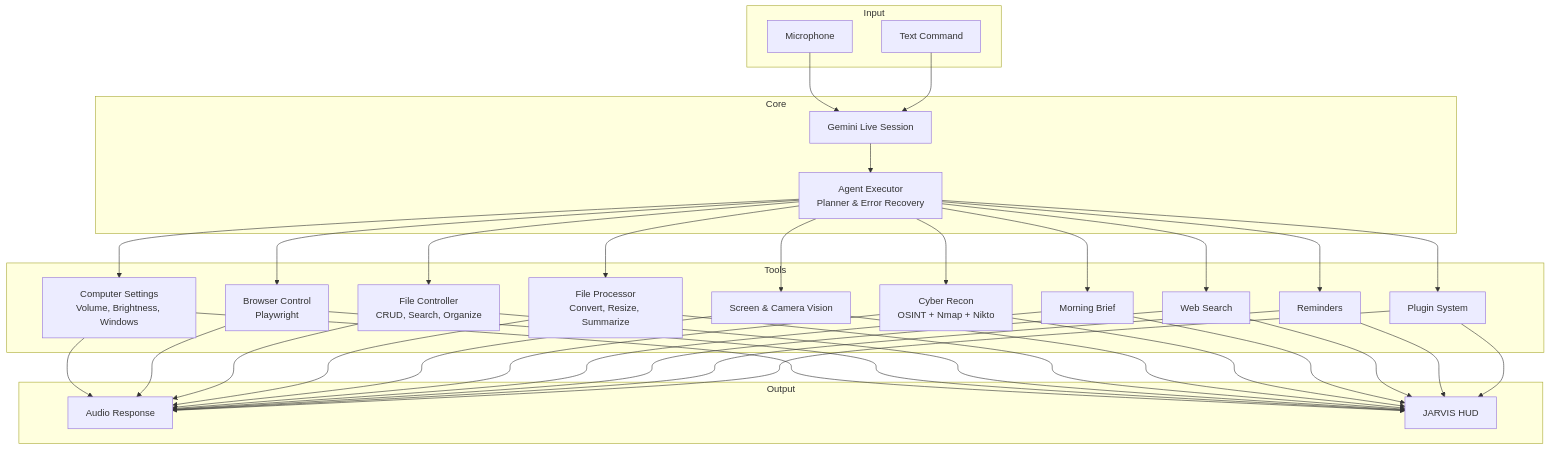
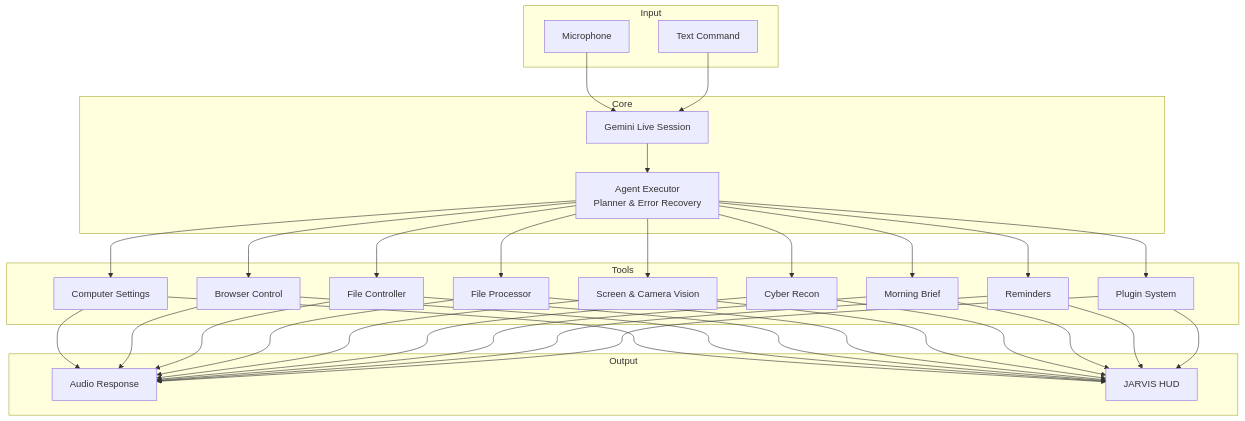
Before and after one commit to AbazarAdam/jarvis: the diagram in readme.md, drawn with Mermaid. The commit also changed other lines of this file, not shown here.

````diff
--- a/readme.md
+++ b/readme.md
@@ -15,64 +16,60 @@
 ```mermaid
 flowchart TB
     subgraph Input
         MIC[Microphone]
         TXT[Text Command]
     end
 
     subgraph Core
         LIVE[Gemini Live Session]
         AGENT[Agent Executor<br/>Planner & Error Recovery]
     end
 
     subgraph Tools
-        SETTINGS[Computer Settings<br/>Volume, Brightness, Windows]
-        BROWSER[Browser Control<br/>Playwright]
-        FILES[File Controller<br/>CRUD, Search, Organize]
-        PROCESSOR[File Processor<br/>Convert, Resize, Summarize]
+        SETTINGS[Computer Settings]
+        BROWSER[Browser Control]
+        FILES[File Controller]
+        PROCESSOR[File Processor]
         VISION[Screen & Camera Vision]
-        RECON[Cyber Recon<br/>OSINT + Nmap + Nikto]
+        RECON[Cyber Recon]
         BRIEF[Morning Brief]
-        SEARCH[Web Search]
         REMINDERS[Reminders]
         PLUGINS[Plugin System]
     end
 
     subgraph Output
         AUDIO[Audio Response]
         UI[JARVIS HUD]
     end
 
     MIC --> LIVE
     TXT --> LIVE
     LIVE --> AGENT
     AGENT --> SETTINGS
     AGENT --> BROWSER
     AGENT --> FILES
     AGENT --> PROCESSOR
     AGENT --> VISION
     AGENT --> RECON
     AGENT --> BRIEF
-    AGENT --> SEARCH
     AGENT --> REMINDERS
     AGENT --> PLUGINS
     SETTINGS --> AUDIO
     BROWSER --> AUDIO
     FILES --> AUDIO
     PROCESSOR --> AUDIO
     VISION --> AUDIO
     RECON --> AUDIO
     BRIEF --> AUDIO
-    SEARCH --> AUDIO
     REMINDERS --> AUDIO
     PLUGINS --> AUDIO
     SETTINGS --> UI
     BROWSER --> UI
     FILES --> UI
     PROCESSOR --> UI
     VISION --> UI
     RECON --> UI
     BRIEF --> UI
-    SEARCH --> UI
     REMINDERS --> UI
     PLUGINS --> UI
 ```
````
